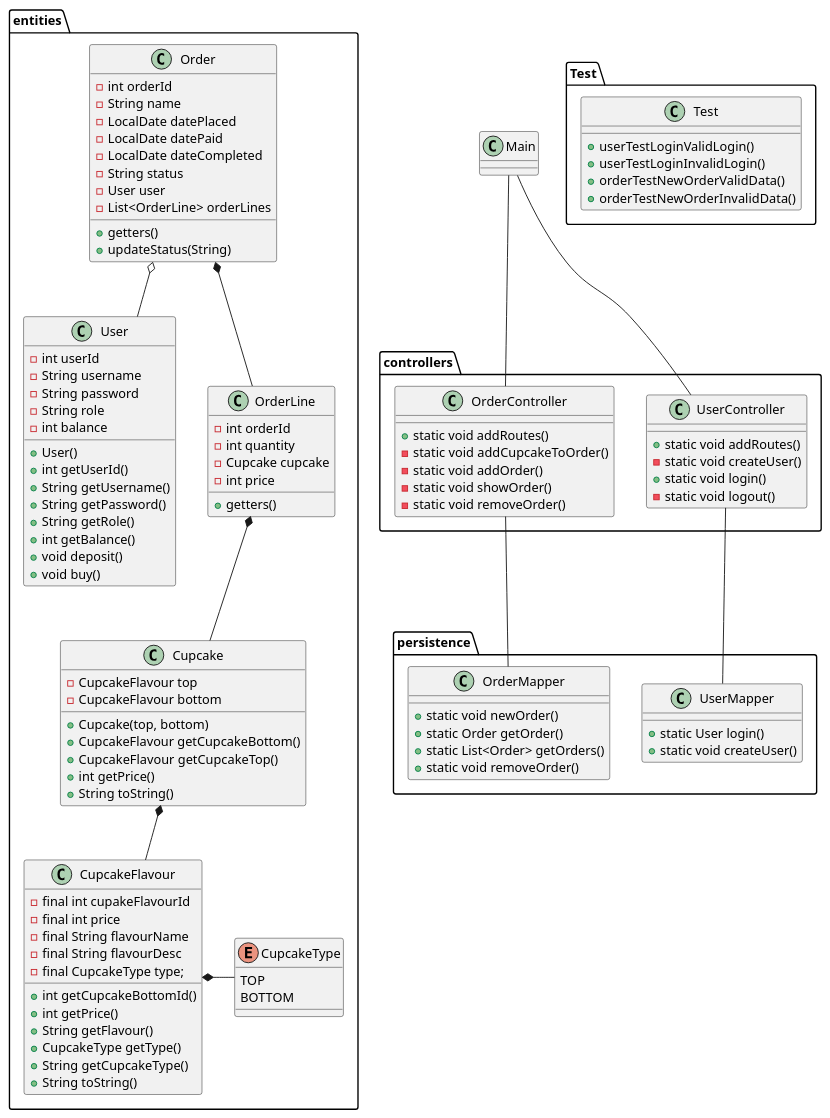
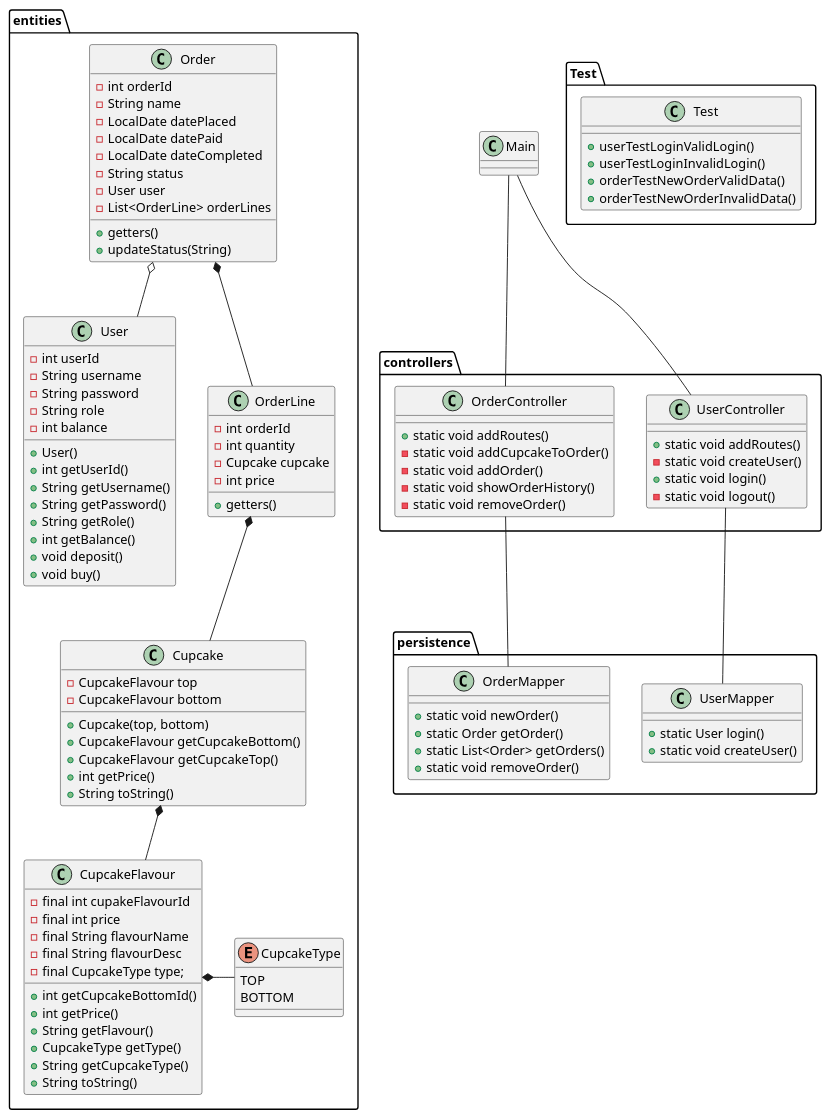
Before and after one commit to AndyTheDragon/Cupcake: the diagram in docs/class-diagramv1.puml, drawn with PlantUML.

Commit message:
updateret klassedigrammet

```diff
--- a/docs/class-diagramv1.puml
+++ b/docs/class-diagramv1.puml
@@ -1,126 +1,126 @@
 @startuml
 'https://plantuml.com/class-diagram
 
 class Main {
 }
 
 package entities {
     enum CupcakeType {
         TOP
         BOTTOM
     }
     class CupcakeFlavour {
         - final int cupakeFlavourId
         - final int price
         - final String flavourName
         - final String flavourDesc
         - final CupcakeType type;
         + int getCupcakeBottomId()
         + int getPrice()
         + String getFlavour()
         + CupcakeType getType()
         + String getCupcakeType()
         'override
         + String toString()
     }
 
     class Cupcake {
         - CupcakeFlavour top
         - CupcakeFlavour bottom
         + Cupcake(top, bottom)
         + CupcakeFlavour getCupcakeBottom()
         + CupcakeFlavour getCupcakeTop()
         + int getPrice()
         'override
         + String toString()
     }
 
     class User {
         - int userId
         - String username
         - String password
         - String role
         - int balance
         + User()
         + int getUserId()
         + String getUsername()
         + String getPassword()
         + String getRole()
         + int getBalance()
         + void deposit()
         + void buy()
     }
 
     class Order {
         - int orderId
         - String name
         - LocalDate datePlaced
         - LocalDate datePaid
         - LocalDate dateCompleted
         - String status
         - User user
         - List<OrderLine> orderLines
         + getters()
         + updateStatus(String)
     }
     class OrderLine {
         - int orderId
         - int quantity
         - Cupcake cupcake
         - int price
         + getters()
     }
 }
 
 package controllers {
     class UserController {
         + static void addRoutes()
         - static void createUser()
         + static void login()
         - static void logout()
     }
     class OrderController {
         + static void addRoutes()
         - static void addCupcakeToOrder()
         - static void addOrder()
-        - static void showOrder()
+        - static void showOrderHistory()
         - static void removeOrder()
     }
 }
 
 package persistence {
     class OrderMapper {
         + static void newOrder()
         + static Order getOrder()
         + static List<Order> getOrders()
         + static void removeOrder()
     }
 
     class UserMapper {
         + static User login()
         + static void createUser()
     }
 }
 
 package Test {
  class Test {
     + userTestLoginValidLogin()
     + userTestLoginInvalidLogin()
     + orderTestNewOrderValidData()
     + orderTestNewOrderInvalidData()
 
 
  }
 }
 
 Main -- OrderController
 Main -- UserController
 OrderController -- OrderMapper
 UserController -- UserMapper
 Cupcake *-- CupcakeFlavour
 Order *-- OrderLine
 Order o-- User
 OrderLine *-- Cupcake
 CupcakeFlavour *- CupcakeType
 
 @enduml
```
